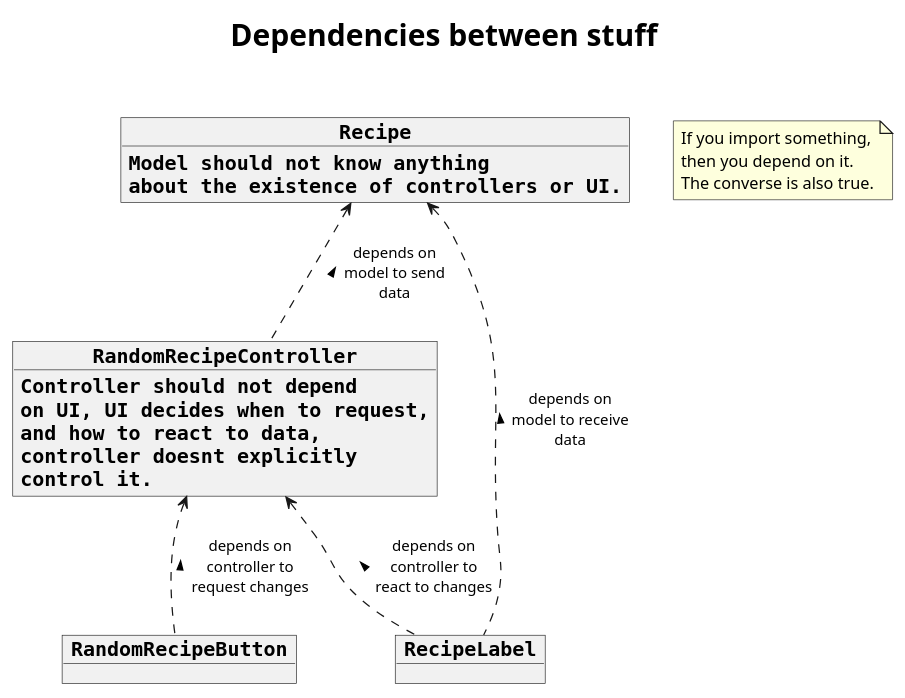
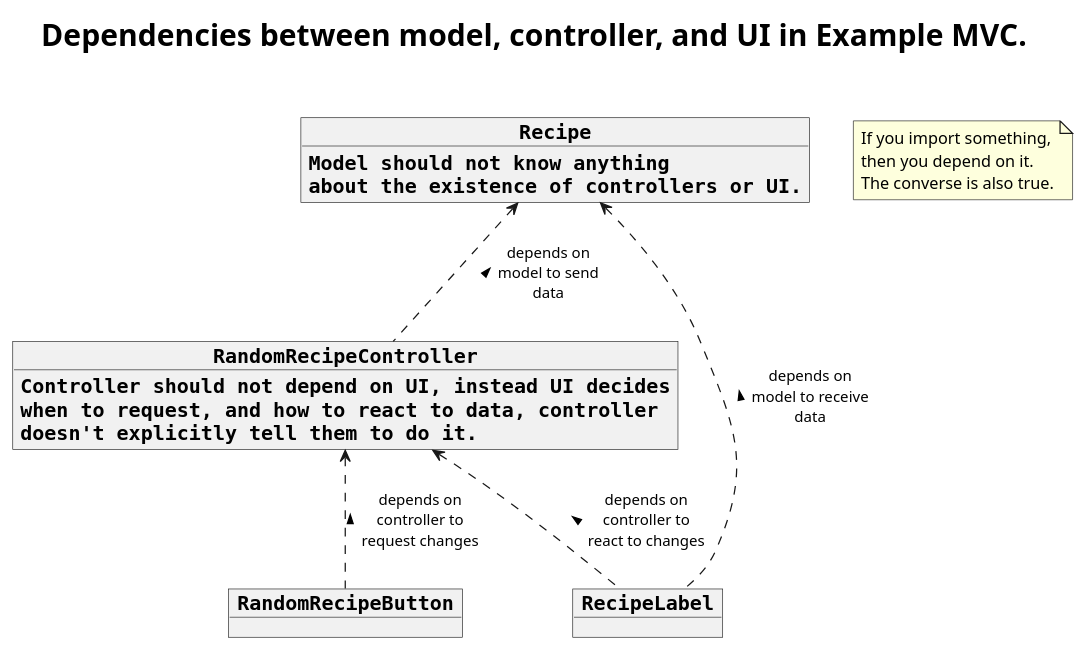
Before and after one commit to cervonwong/mint: the diagram in lib/playground/example_mvc/uml_diagram.puml, drawn with PlantUML. The commit also changed 1 other file, not shown here.

Commit message:
Improve phrasing and formatting for diagrams for example MVC

```diff
--- a/lib/playground/example_mvc/uml_diagram.puml
+++ b/lib/playground/example_mvc/uml_diagram.puml
@@ -1,32 +1,32 @@
 @startuml
 
-title Dependencies between stuff\n
+title Dependencies between model, controller, and UI in Example MVC.\n
 
 skinparam maxMessageSize 100
 skinparam objectFontName Monospaced
 skinparam objectFontSize 16
 skinparam objectFontStyle bold
 skinparam arrowFontSize 12
 skinparam titleFontSize 24
 
 object RandomRecipeController {
-    Controller should not depend\non UI, UI decides when to request,\nand how to react to data,\ncontroller doesnt explicitly\ncontrol it.
+    Controller should not depend on UI, instead UI decides\nwhen to request, and how to react to data, controller\ndoesn't explicitly tell them to do it.
 }
 object RandomRecipeButton
 object RecipeLabel
 object Recipe {
     Model should not know anything\nabout the existence of controllers or UI.
 }
 
 RandomRecipeController <.. RandomRecipeButton : < depends on controller to request changes
 RandomRecipeController <.. RecipeLabel : < depends on controller to react to changes
 Recipe <.. RandomRecipeController : < depends on model to send data
 Recipe <.. RecipeLabel : < depends on model to receive data
 
 note as n
     If you import something,
     then you depend on it.
     The converse is also true.
 endnote
 
 @enduml
```
